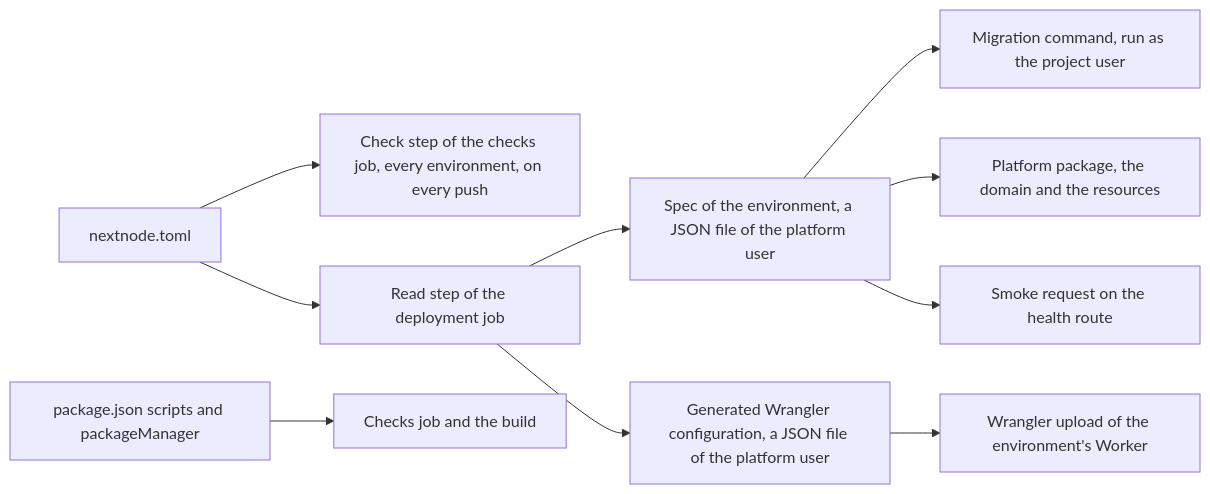
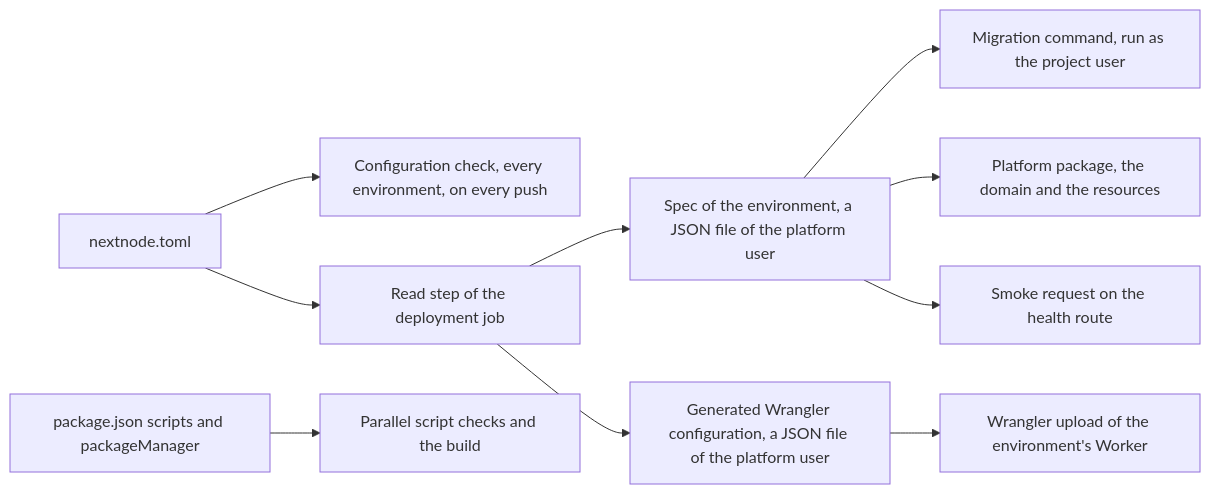
Before and after one commit to NextNodeSolutions/infrastructure: the first of 2 diagrams in docs/configuration.md, drawn with Mermaid. The commit also changed other lines of this file and 5 other files, not shown here.

Commit message:
ci: split checks into parallel domains with isolated cache writers

````diff
--- a/docs/configuration.md
+++ b/docs/configuration.md
@@ -5,12 +5,12 @@
 ```mermaid
 flowchart LR
-    T[nextnode.toml] --> X[Check step of the checks job, every environment, on every push]
+    T[nextnode.toml] --> X[Configuration check, every environment, on every push]
     T --> R[Read step of the deployment job]
     R --> S[Spec of the environment, a JSON file of the platform user]
     R --> G[Generated Wrangler configuration, a JSON file of the platform user]
     S --> M[Migration command, run as the project user]
     G --> U[Wrangler upload of the environment's Worker]
     S --> P[Platform package, the domain and the resources]
     S --> H[Smoke request on the health route]
-    K[package.json scripts and packageManager] --> C[Checks job and the build]
+    K[package.json scripts and packageManager] --> C[Parallel script checks and the build]
 ```
````
